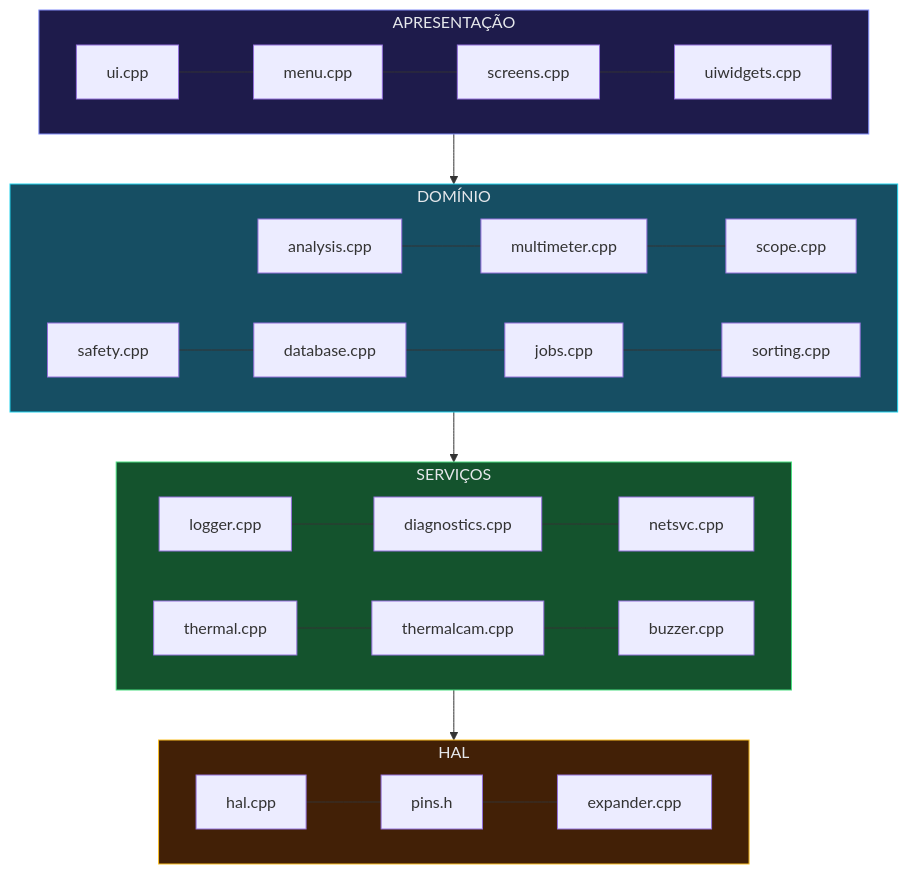
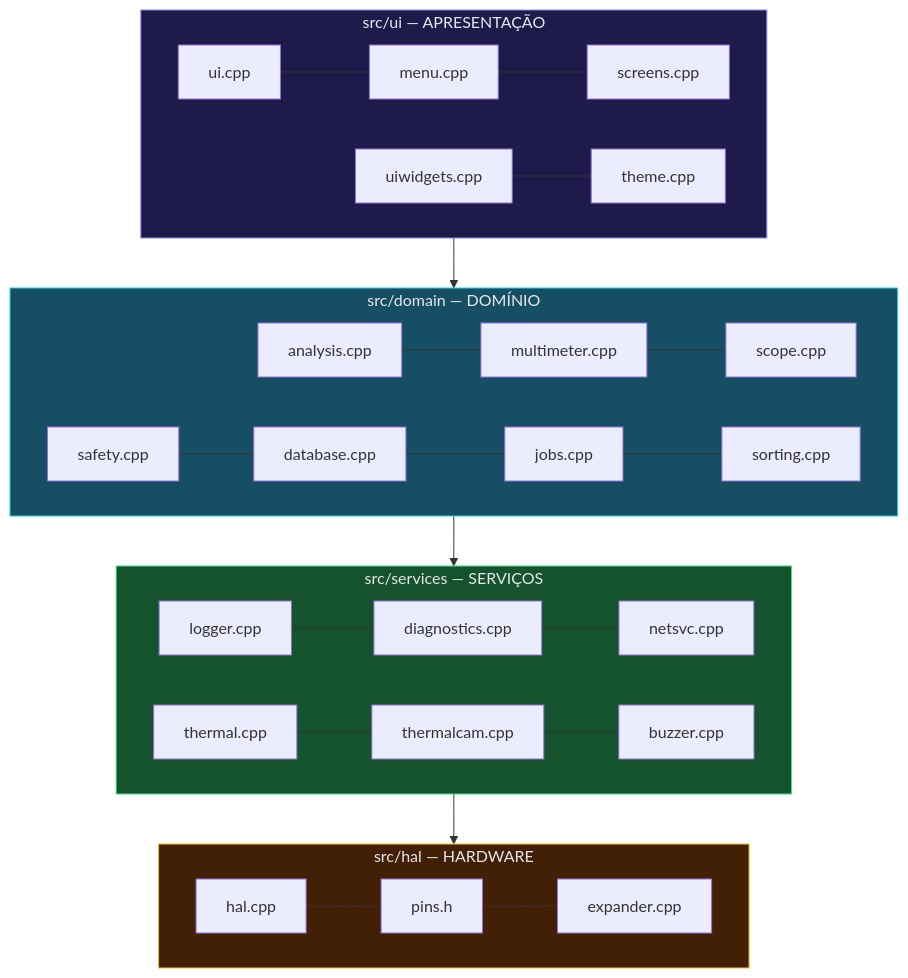
The fourth of 5 diagrams in README.md (lelebrr/SondVolt), drawn with Mermaid before and after one commit. The commit also changed other lines of this file and 109 other files, not shown here.

````diff
--- a/README.md
+++ b/README.md
@@ -266,24 +266,25 @@
 ```mermaid
 flowchart TB
-    subgraph AP["APRESENTAÇÃO"]
-        ui[ui.cpp] --- menu[menu.cpp] --- screens[screens.cpp] --- widgets[uiwidgets.cpp]
+    subgraph AP["src/ui — APRESENTAÇÃO"]
+        ui[ui.cpp] --- menu[menu.cpp] --- screens[screens.cpp]
+        widgets[uiwidgets.cpp] --- theme[theme.cpp]
     end
-    subgraph DO["DOMÍNIO"]
+    subgraph DO["src/domain — DOMÍNIO"]
         analysis[analysis.cpp] --- multi[multimeter.cpp] --- scope[scope.cpp]
         safety[safety.cpp] --- db[database.cpp] --- jobs[jobs.cpp] --- sorting[sorting.cpp]
     end
-    subgraph SE["SERVIÇOS"]
+    subgraph SE["src/services — SERVIÇOS"]
         logger[logger.cpp] --- diag[diagnostics.cpp] --- net[netsvc.cpp]
         thermal[thermal.cpp] --- tcam[thermalcam.cpp] --- buzzer[buzzer.cpp]
     end
-    subgraph HW["HAL"]
+    subgraph HW["src/hal — HARDWARE"]
         hal[hal.cpp] --- pins[pins.h] --- exp[expander.cpp]
     end
 
     AP --> DO --> SE --> HW
 
     style AP fill:#1e1b4b,stroke:#818cf8,color:#e5e7eb
     style DO fill:#164e63,stroke:#22d3ee,color:#e5e7eb
     style SE fill:#14532d,stroke:#4ade80,color:#e5e7eb
     style HW fill:#422006,stroke:#fbbf24,color:#e5e7eb
 ```
````
